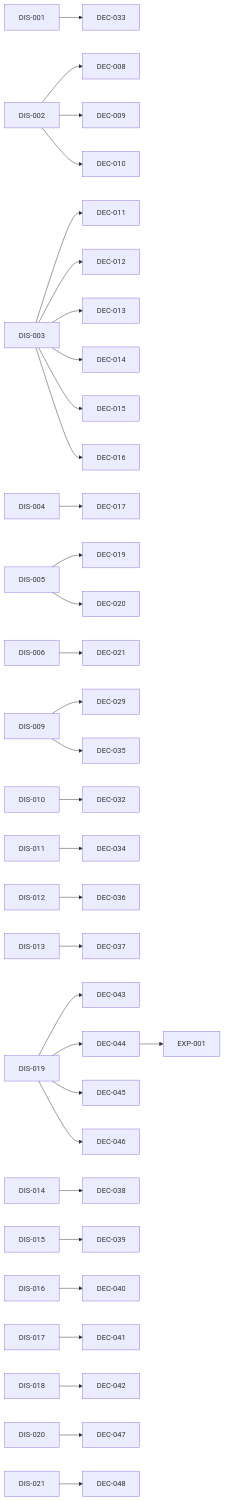
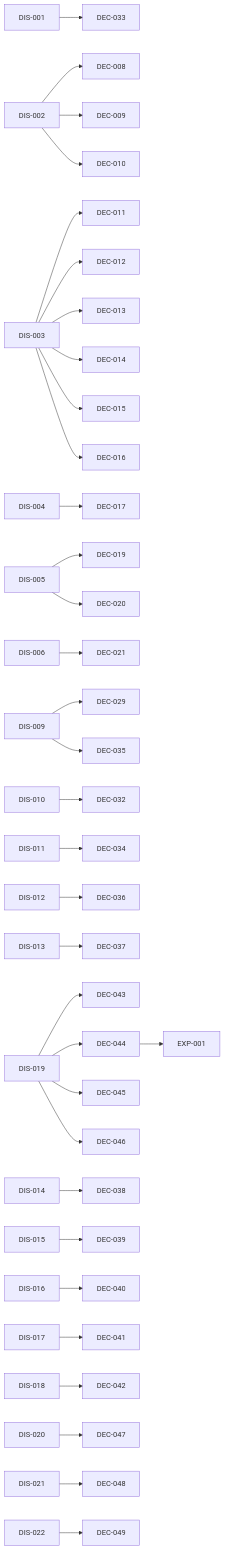
One commit to amartis/sonoai_research_notes changed the diagram in INDEX.md. Above: the diagram before and after it, drawn with Mermaid. The commit also changed other lines of this file and 2 other files, not shown here.

First line of the commit message:
DIS-022, DEC-049: mild ultrasound augmentation us_mild_v1 and one comparison run

````diff
--- a/INDEX.md
+++ b/INDEX.md
@@ -176,35 +179,36 @@
 ```mermaid
 flowchart LR
   DEC_044[DEC-044] --> EXP_001[EXP-001]
   DIS_001[DIS-001] --> DEC_033[DEC-033]
   DIS_002[DIS-002] --> DEC_008[DEC-008]
   DIS_002[DIS-002] --> DEC_009[DEC-009]
   DIS_002[DIS-002] --> DEC_010[DEC-010]
   DIS_003[DIS-003] --> DEC_011[DEC-011]
   DIS_003[DIS-003] --> DEC_012[DEC-012]
   DIS_003[DIS-003] --> DEC_013[DEC-013]
   DIS_003[DIS-003] --> DEC_014[DEC-014]
   DIS_003[DIS-003] --> DEC_015[DEC-015]
   DIS_003[DIS-003] --> DEC_016[DEC-016]
   DIS_004[DIS-004] --> DEC_017[DEC-017]
   DIS_005[DIS-005] --> DEC_019[DEC-019]
   DIS_005[DIS-005] --> DEC_020[DEC-020]
   DIS_006[DIS-006] --> DEC_021[DEC-021]
   DIS_009[DIS-009] --> DEC_029[DEC-029]
   DIS_009[DIS-009] --> DEC_035[DEC-035]
   DIS_010[DIS-010] --> DEC_032[DEC-032]
   DIS_011[DIS-011] --> DEC_034[DEC-034]
   DIS_012[DIS-012] --> DEC_036[DEC-036]
   DIS_013[DIS-013] --> DEC_037[DEC-037]
   DIS_014[DIS-014] --> DEC_038[DEC-038]
   DIS_015[DIS-015] --> DEC_039[DEC-039]
   DIS_016[DIS-016] --> DEC_040[DEC-040]
   DIS_017[DIS-017] --> DEC_041[DEC-041]
   DIS_018[DIS-018] --> DEC_042[DEC-042]
   DIS_019[DIS-019] --> DEC_043[DEC-043]
   DIS_019[DIS-019] --> DEC_044[DEC-044]
   DIS_019[DIS-019] --> DEC_045[DEC-045]
   DIS_019[DIS-019] --> DEC_046[DEC-046]
   DIS_020[DIS-020] --> DEC_047[DEC-047]
   DIS_021[DIS-021] --> DEC_048[DEC-048]
+  DIS_022[DIS-022] --> DEC_049[DEC-049]
 ```
````
